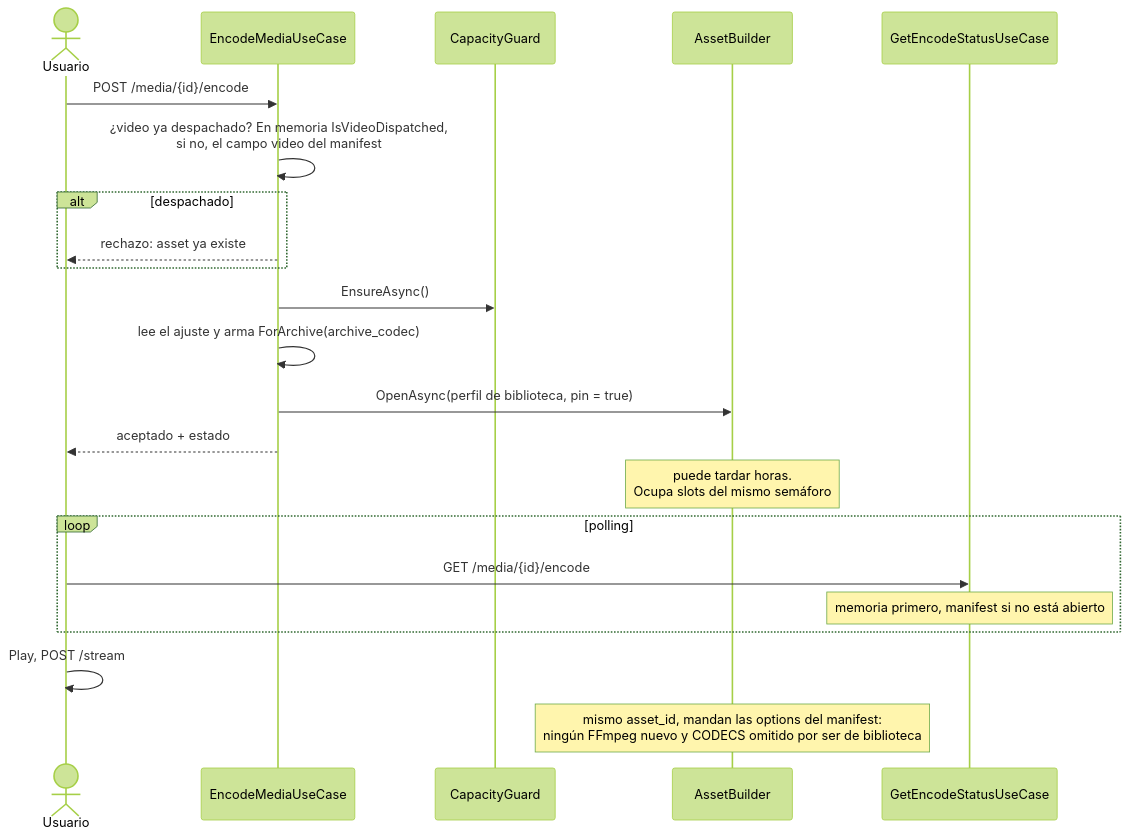
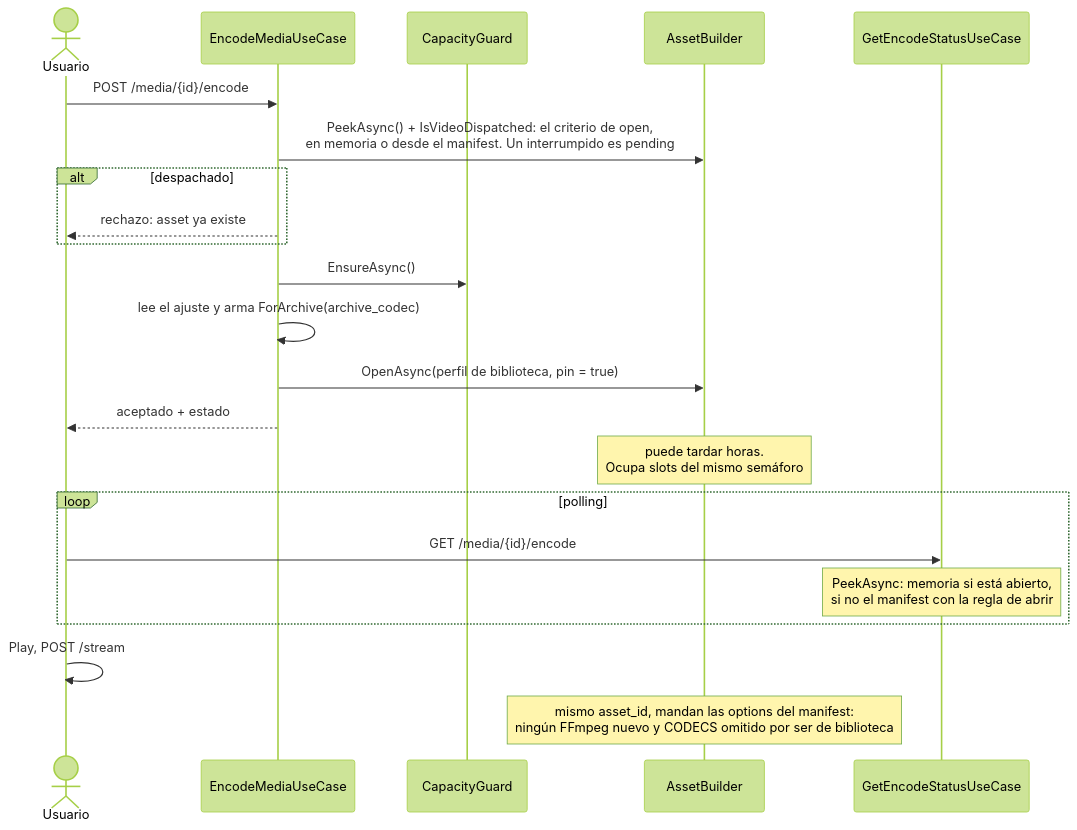
The ninth of 15 diagrams in system_arquitecture.md (Juan045/home-stream-app), drawn with Mermaid (forest theme) before and after one commit. The commit also changed other lines of this file and 35 other files, not shown here.

````diff
--- a/system_arquitecture.md
+++ b/system_arquitecture.md
@@ -579,27 +596,27 @@
 ```mermaid
 sequenceDiagram
     actor U as Usuario
     participant E as EncodeMediaUseCase
     participant G as CapacityGuard
     participant B as AssetBuilder
     participant ST as GetEncodeStatusUseCase
 
     U->>E: POST /media/{id}/encode
-    E->>E: ¿video ya despachado? En memoria IsVideoDispatched,<br/>si no, el campo video del manifest
+    E->>B: PeekAsync() + IsVideoDispatched: el criterio de open,<br/>en memoria o desde el manifest. Un interrumpido es pending
     alt despachado
         E-->>U: rechazo: asset ya existe
     end
     E->>G: EnsureAsync()
     E->>E: lee el ajuste y arma ForArchive(archive_codec)
     E->>B: OpenAsync(perfil de biblioteca, pin = true)
     E-->>U: aceptado + estado
     Note over B: puede tardar horas.<br/>Ocupa slots del mismo semáforo
 
     loop polling
         U->>ST: GET /media/{id}/encode
-        Note over ST: memoria primero, manifest si no está abierto
+        Note over ST: PeekAsync: memoria si está abierto,<br/>si no el manifest con la regla de abrir
     end
 
     U->>U: Play, POST /stream
     Note over B: mismo asset_id, mandan las options del manifest:<br/>ningún FFmpeg nuevo y CODECS omitido por ser de biblioteca
 ```
````
